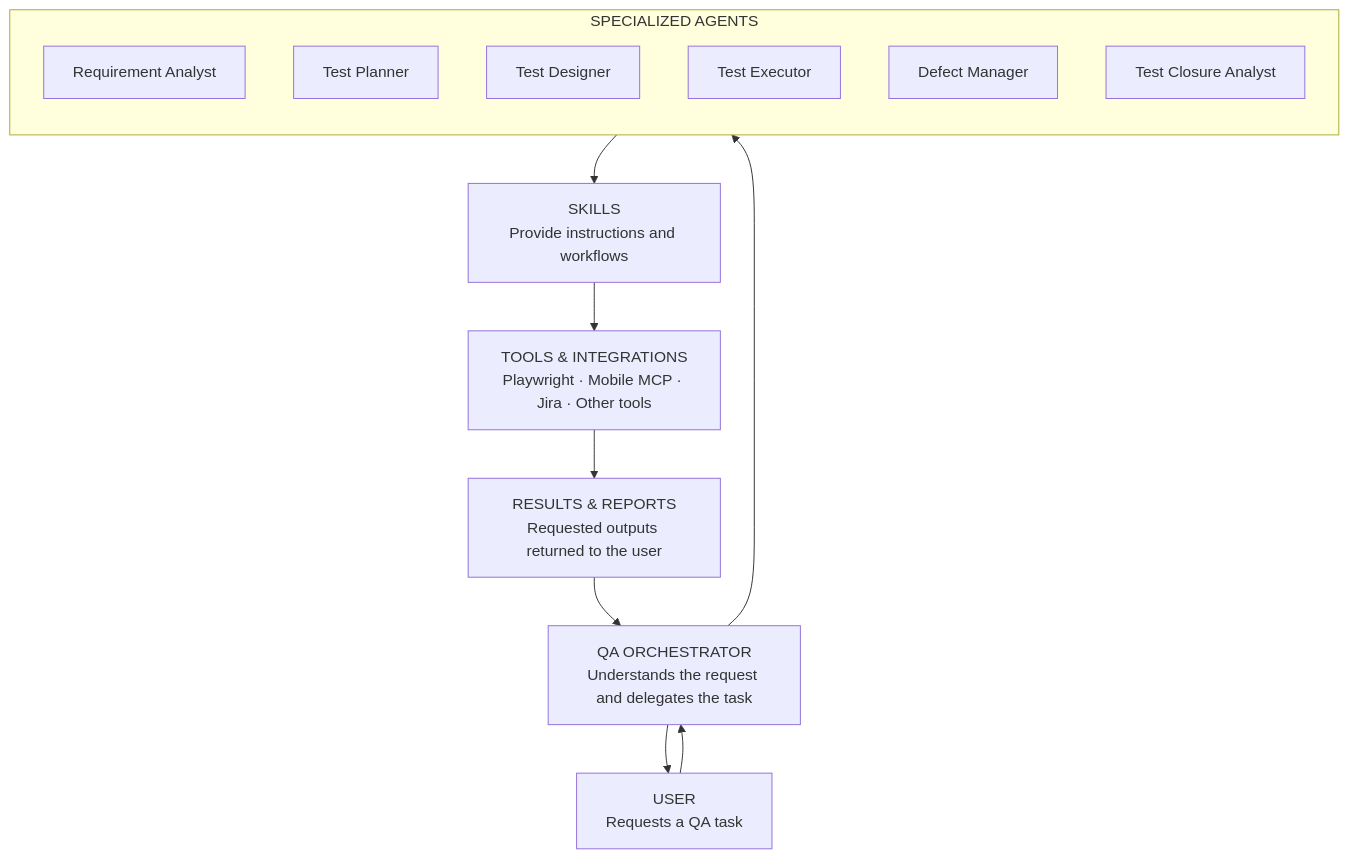
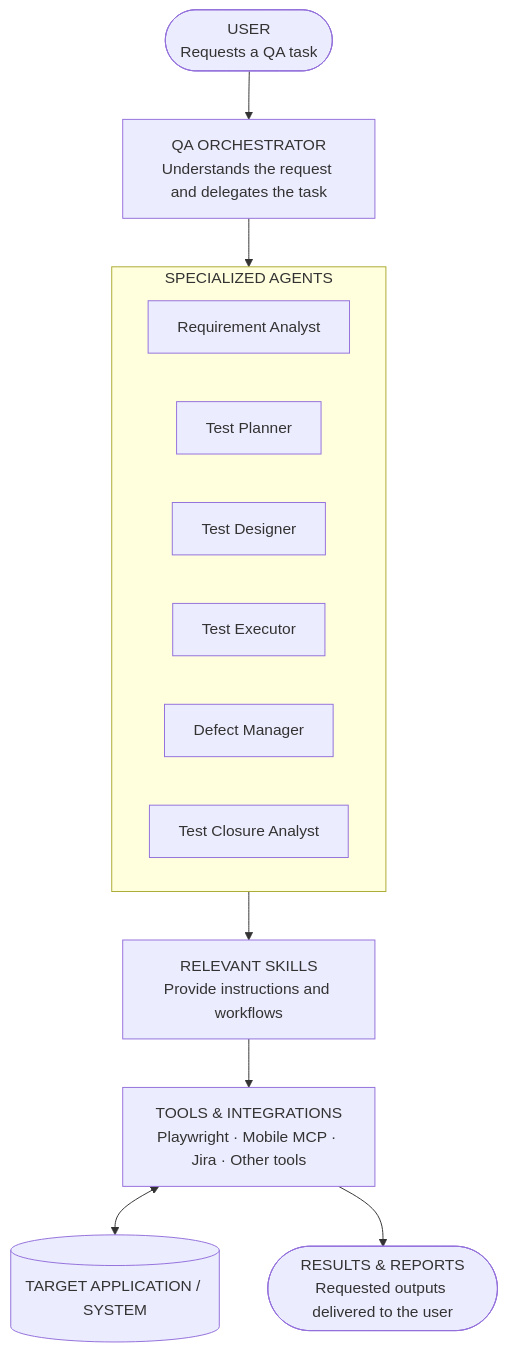
The diagram in Architecture.md (elkordy-tech/Agentic_QA), drawn with Mermaid before and after one commit.

Commit message:
Update architecture

````diff
--- a/Architecture.md
+++ b/Architecture.md
@@ -10,27 +10,27 @@
 ```mermaid
 flowchart TB
-    U["USER<br/>Requests a QA task"]
+    U(["USER<br/>Requests a QA task"])
     O["QA ORCHESTRATOR<br/>Understands the request and delegates the task"]
 
     subgraph AGENTS["SPECIALIZED AGENTS"]
-        direction TB
+        direction LR
         RA["Requirement Analyst"]
         TP["Test Planner"]
         TD["Test Designer"]
         TE["Test Executor"]
         DM["Defect Manager"]
         TC["Test Closure Analyst"]
     end
 
-    S["SKILLS<br/>Provide instructions and workflows"]
+    S["RELEVANT SKILLS<br/>Provide instructions and workflows"]
     MCP["TOOLS & INTEGRATIONS<br/>Playwright · Mobile MCP · Jira · Other tools"]
-    R["RESULTS & REPORTS<br/>Requested outputs returned to the user"]
+    APP[("TARGET APPLICATION / SYSTEM")]
+    R(["RESULTS & REPORTS<br/>Requested outputs delivered to the user"])
 
     U --> O
     O --> AGENTS
     AGENTS --> S
     S --> MCP
+    MCP <--> APP
     MCP --> R
-    R --> O
-    O --> U
 ```
````
